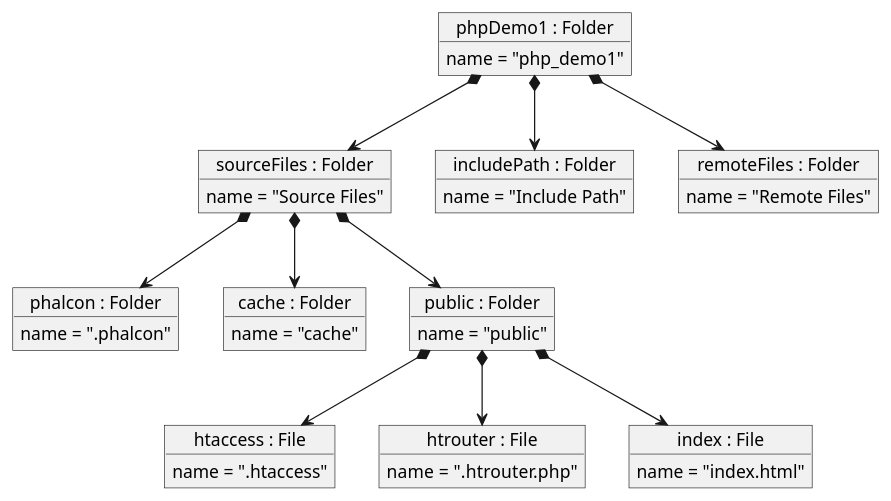
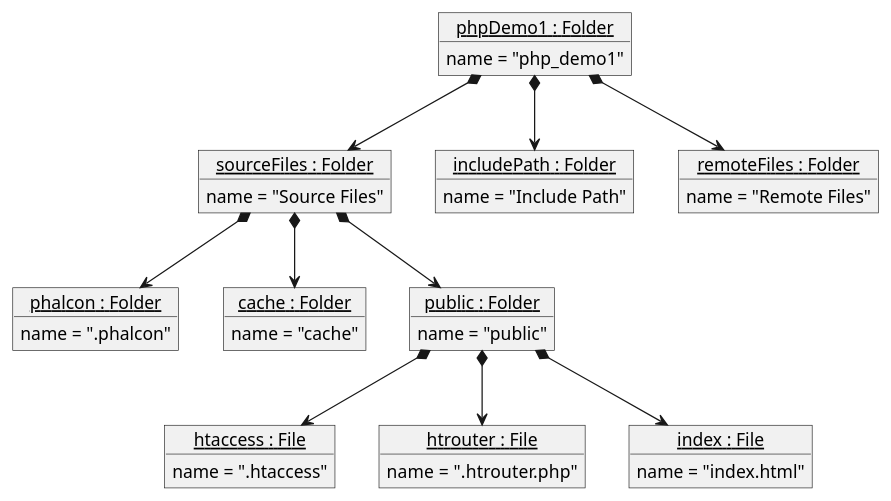
The diagram in part4-object-diagram.puml (Justin-J-K/CS4800-Homework-3), drawn with PlantUML before and after one commit. The commit also changed 2 other files, not shown here.

```diff
--- a/part4-object-diagram.puml
+++ b/part4-object-diagram.puml
@@ -1,44 +1,44 @@
 @startuml
-object "phpDemo1 : Folder" as phpDemo1 {
+object "<u>phpDemo1 : Folder</u>" as phpDemo1 {
     name = "php_demo1"
 }
-object "sourceFiles : Folder" as sourceFiles {
+object "<u>sourceFiles : Folder</u>" as sourceFiles {
     name = "Source Files"
 }
-object "includePath : Folder" as includePath {
+object "<u>includePath : Folder</u>" as includePath {
     name = "Include Path"
 }
-object "remoteFiles : Folder" as remoteFiles {
+object "<u>remoteFiles : Folder</u>" as remoteFiles {
     name = "Remote Files"
 }
-object "phalcon : Folder" as phalcon {
+object "<u>phalcon : Folder</u>" as phalcon {
     name = ".phalcon"
 }
-object "cache : Folder" as cache {
+object "<u>cache : Folder</u>" as cache {
     name = "cache"
 }
-object "public : Folder" as public {
+object "<u>public : Folder</u>" as public {
     name = "public"
 }
-object "htaccess : File" as htaccess {
+object "<u>htaccess : File</u>" as htaccess {
     name = ".htaccess"
 }
-object "htrouter : File" as htrouter {
+object "<u>htrouter : File</u>" as htrouter {
     name = ".htrouter.php"
 }
-object "index : File" as index {
+object "<u>index : File</u>" as index {
     name = "index.html"
 }
 
 phpDemo1 *--> sourceFiles
 phpDemo1 *--> includePath
 phpDemo1 *--> remoteFiles
 
 sourceFiles *--> phalcon
 sourceFiles *--> cache
 sourceFiles *--> public
 
 public *--> htaccess
 public *--> htrouter
 public *--> index
 @enduml
```
